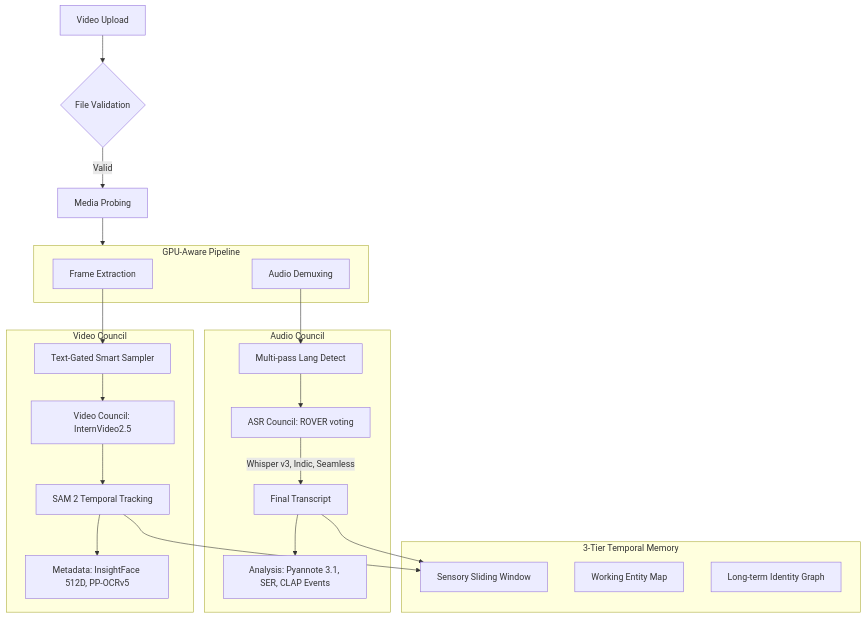
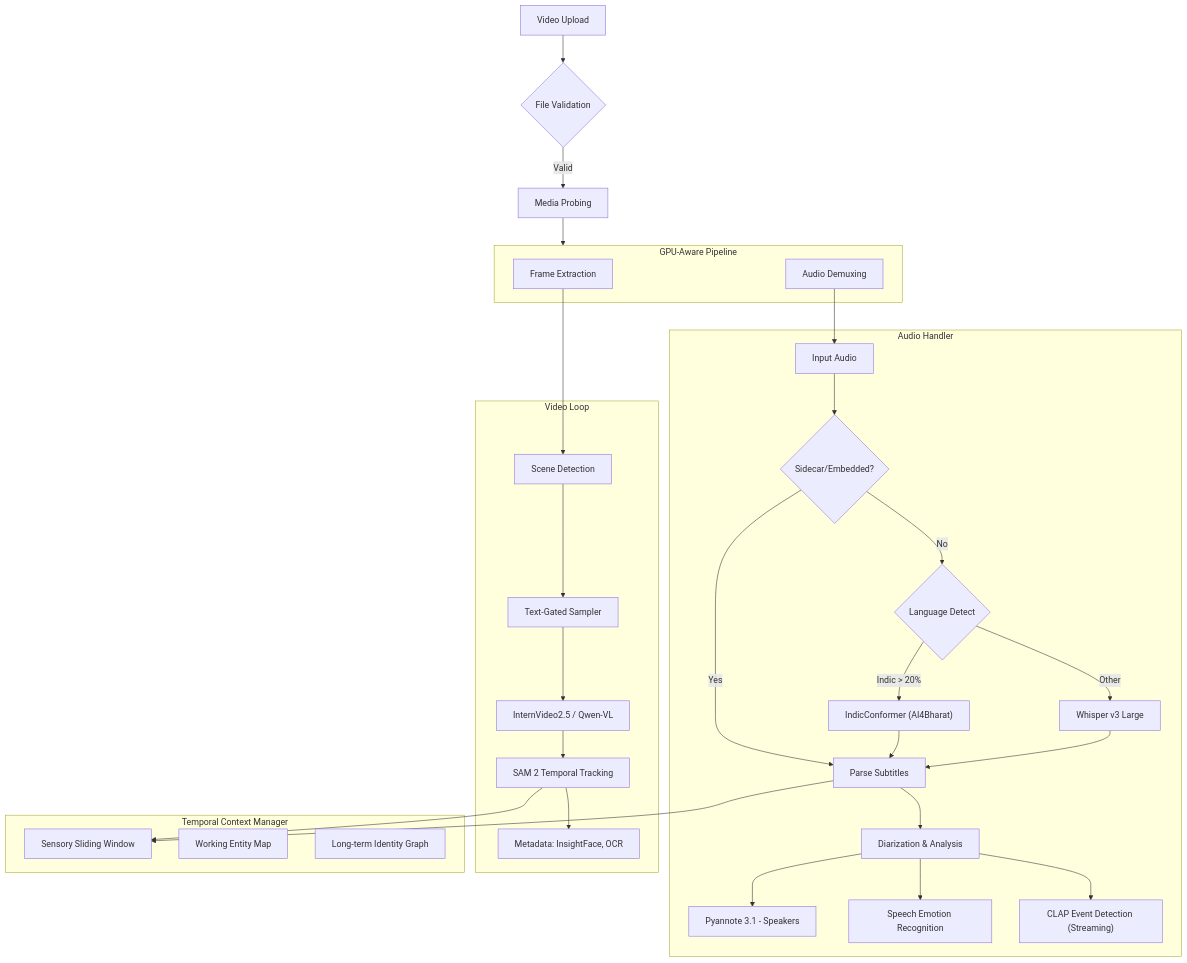
Before and after one commit to gnanaprakash2918/AI-Media-Indexer: the first of 2 diagrams in README.md, drawn with Mermaid. The commit also changed other lines of this file and 2 other files, not shown here.

Commit message:
Update README with demo video

````diff
--- a/README.md
+++ b/README.md
@@ -34,36 +37,48 @@
 ```mermaid
 flowchart TD
     A[Video Upload] --> B{File Validation}
     B -->|Valid| C[Media Probing]
     
     C --> D[Parallel Pipeline Orchestration]
     
-    subgraph D[GPU-Aware Pipeline]
+    subgraph D["GPU-Aware Pipeline"]
         D1[Frame Extraction]
         D2[Audio Demuxing]
     end
     
-    subgraph AudioLogic[Audio Council]
-        AL[Multi-pass Lang Detect] --> AC[ASR Council: ROVER voting]
-        AC -->|Whisper v3, Indic, Seamless| AT[Final Transcript]
-        AT --> AD[Analysis: Pyannote 3.1, SER, CLAP Events]
+    subgraph AudioLogic["Audio Handler"]
+        AL[Input Audio] --> AC{Sidecar/Embedded?}
+        AC -->|Yes| AT[Parse Subtitles]
+        AC -->|No| AD{Language Detect}
+        
+        AD -->|Indic > 20%| AI["IndicConformer (AI4Bharat)"]
+        AD -->|Other| AW[Whisper v3 Large]
+        
+        AI --> AT
+        AW --> AT
+        
+        AT --> AN[Diarization & Analysis]
+        AN --> S1[Pyannote 3.1 - Speakers]
+        AN --> S2[Speech Emotion Recognition]
+        AN --> S3["CLAP Event Detection (Streaming)"]
     end
     
-    subgraph VideoLogic[Video Council]
-        VS[Text-Gated Smart Sampler] --> VC[Video Council: InternVideo2.5]
-        VC --> VT[SAM 2 Temporal Tracking]
-        VT --> VM[Metadata: InsightFace 512D, PP-OCRv5]
+    subgraph VideoLogic["Video Loop"]
+        VS[Scene Detection] --> VSAMP[Text-Gated Sampler]
+        VSAMP --> VLM[InternVideo2.5 / Qwen-VL]
+        VLM --> VT[SAM 2 Temporal Tracking]
+        VT --> VM[Metadata: InsightFace, OCR]
     end
     
     D1 --> VS
     D2 --> AL
     
-    subgraph Memory[3-Tier Temporal Memory]
+    subgraph Memory["Temporal Context Manager"]
         SW[Sensory Sliding Window]
         WM[Working Entity Map]
         LT[Long-term Identity Graph]
     end
     
     VT --> SW
     AT --> SW
 ```
````
